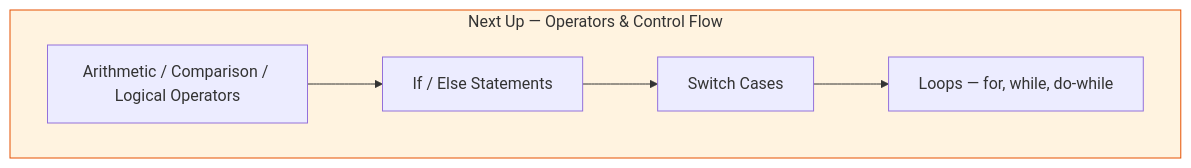
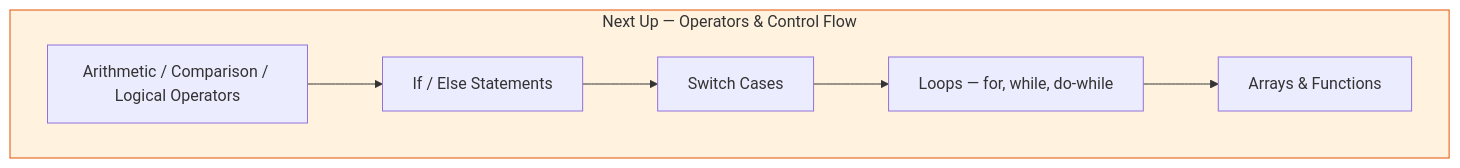
One commit to harsh-0541/LearnPlaywrightBatch2x changed diagram 13 of 15 in README.md. Above: the diagram before and after it, drawn with Mermaid. The commit also changed other lines of this file and 12 other files, not shown here.

````diff
--- a/README.md
+++ b/README.md
@@ -399,10 +714,11 @@
 ```mermaid
 graph TD
     subgraph next["Next Up — Operators & Control Flow"]
         N1[Arithmetic / Comparison / Logical Operators] --> N2[If / Else Statements]
         N2 --> N3[Switch Cases]
         N3 --> N4[Loops — for, while, do-while]
+        N4 --> N5[Arrays & Functions]
     end
 
     style next fill:#fff3e0,stroke:#e65100
 ```
````
